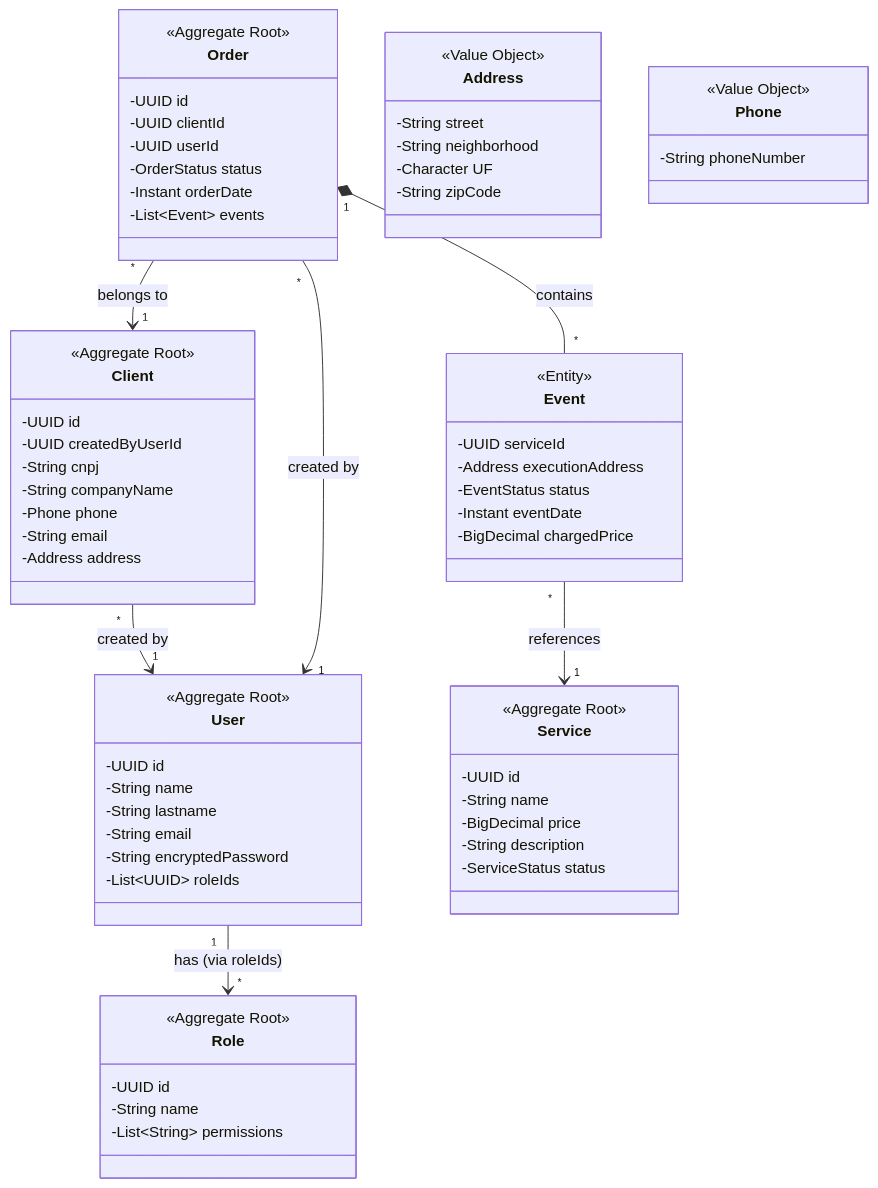
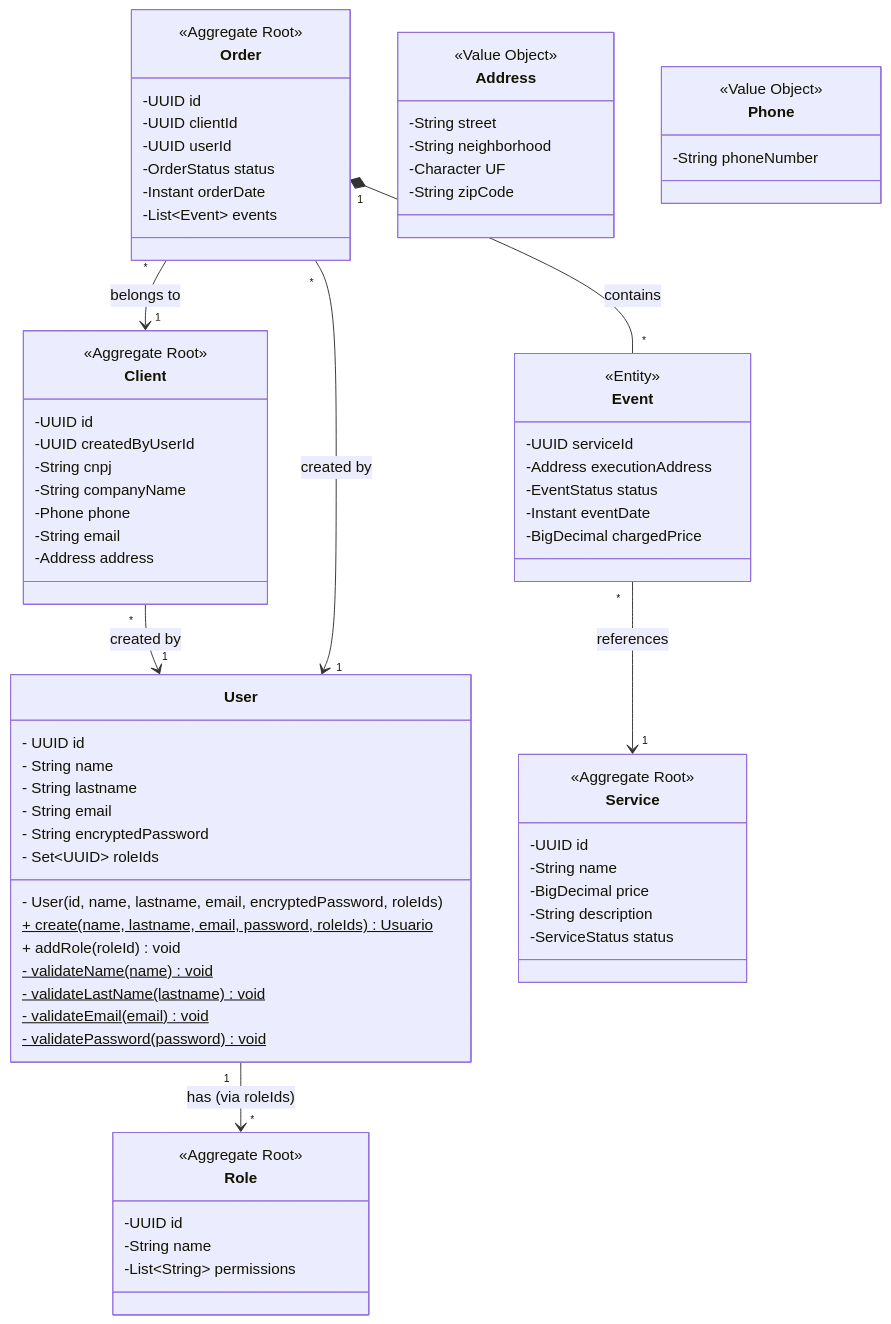
Before and after one commit to GibsonCS/speed: the diagram in README.md, drawn with Mermaid.

Commit message:
chore: revise User class in README.md class diagram
Updated User class in the class diagram with new methods and changed roleIds from List to Set.

````diff
--- a/README.md
+++ b/README.md
@@ -4,14 +4,20 @@
 ```mermaid
 classDiagram
     class User {
-        <<Aggregate Root>>
-        -UUID id
-        -String name
-        -String lastname
-        -String email
-        -String encryptedPassword
-        -List~UUID~ roleIds
-    }
+        - UUID id
+        - String name
+        - String lastname
+        - String email
+        - String encryptedPassword
+        - Set~UUID~ roleIds
+        - User(id, name, lastname, email, encryptedPassword, roleIds)
+        + create(name, lastname, email, password, roleIds) Usuario$
+        + addRole(roleId) void
+        - validateName(name) void$
+        - validateLastName(lastname) void$
+        - validateEmail(email) void$
+        - validatePassword(password) void$
+    }    
 
     class Role {
         <<Aggregate Root>>
````
